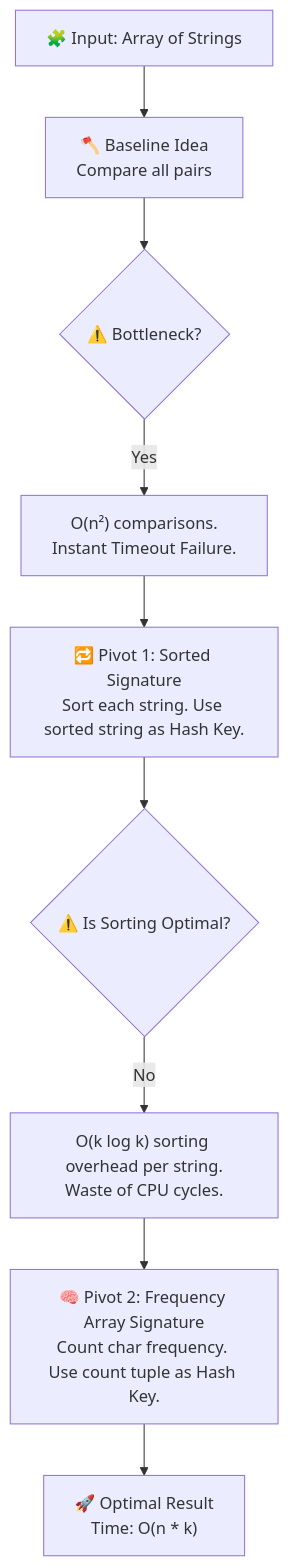
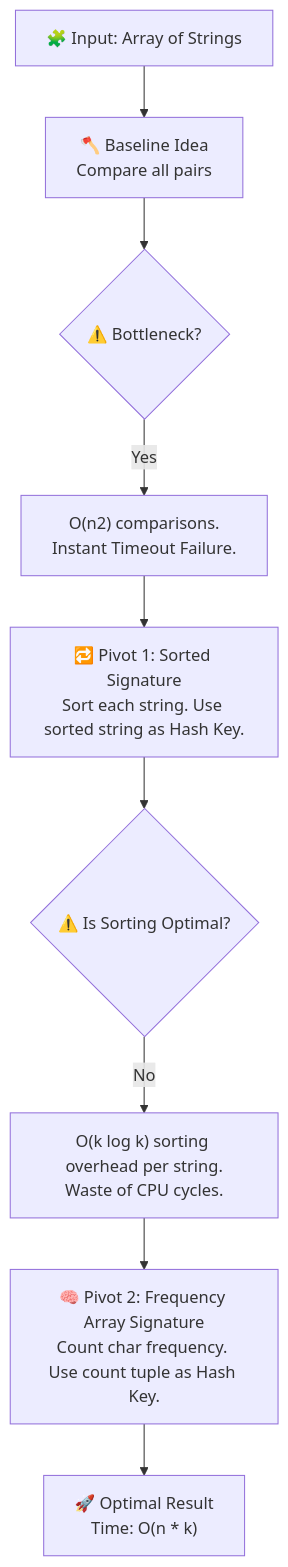
One commit to M-F-Tushar/LeetCode-Problem-Solving changed the third of 12 diagrams in 04 - Group Anagrams/README.md. Above: the diagram before and after it, drawn with Mermaid. The commit also changed other lines of this file and 6 other files, not shown here.

Commit message:
fix diagram rendering

````diff
--- a/04 - Group Anagrams/README.md
+++ b/04 - Group Anagrams/README.md
@@ -109,17 +109,17 @@
 ```mermaid
 flowchart TD
     A["🧩 Input: Array of Strings"] --> B["🪓 Baseline Idea\nCompare all pairs"]
 
     B --> C{"⚠️ Bottleneck?"}
-    C -->|"Yes"| D["O(n²) comparisons.\nInstant Timeout Failure."]
+    C -->|"Yes"| D["O(n2) comparisons.\nInstant Timeout Failure."]
 
     D --> E["🔁 Pivot 1: Sorted Signature\nSort each string. Use sorted string as Hash Key."]
 
     E --> F{"⚠️ Is Sorting Optimal?"}
     F -->|"No"| G["O(k log k) sorting overhead per string.\nWaste of CPU cycles."]
 
     G --> H["🧠 Pivot 2: Frequency Array Signature\nCount char frequency. Use count tuple as Hash Key."]
     H --> I["🚀 Optimal Result\nTime: O(n * k)"]
 
 
 ```
````
